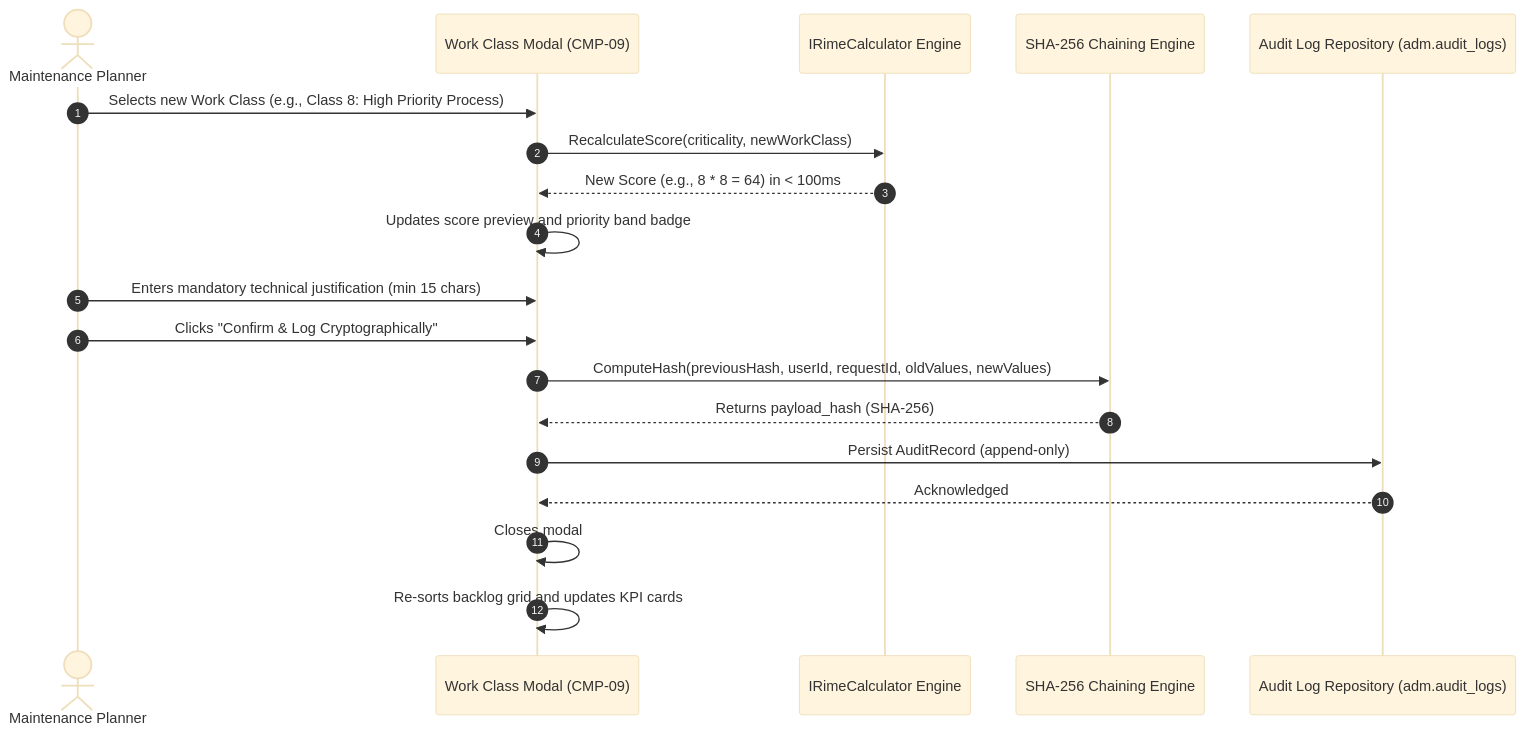
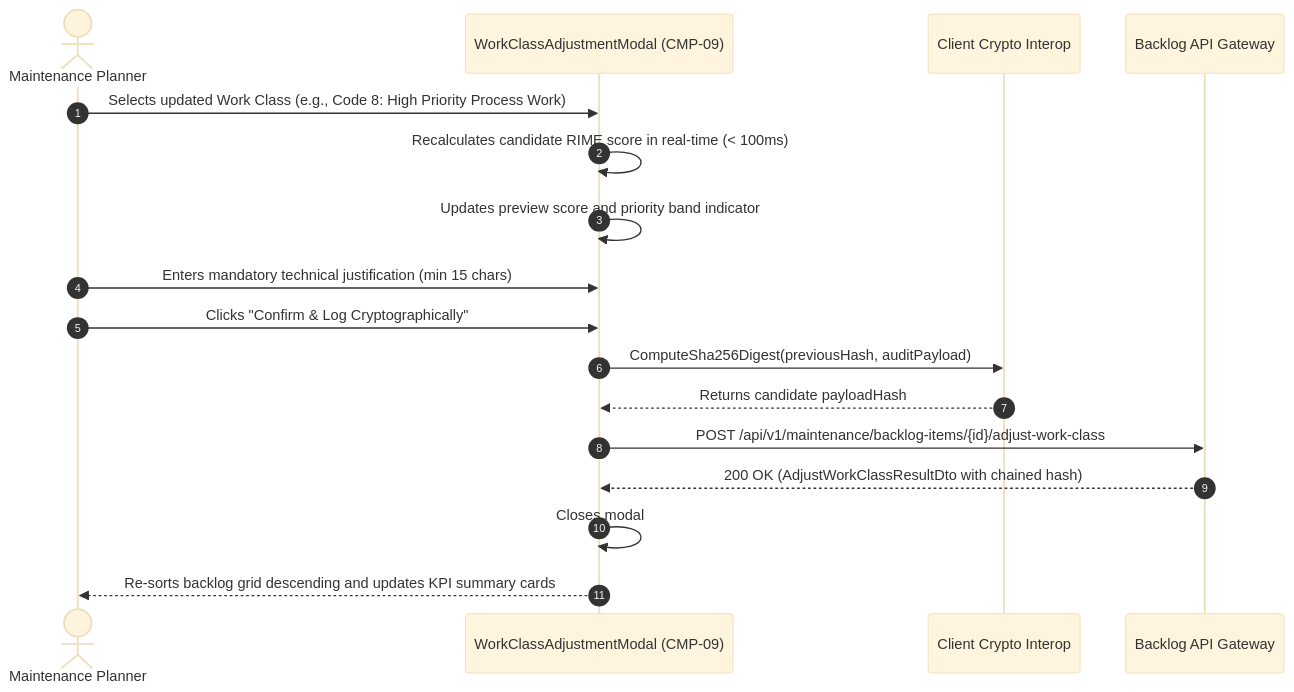
The second of 2 diagrams in ui-ux/screens/mtto/SCR-MTTO-026.md (Novav20/adso-dteam-docs), drawn with Mermaid (base theme) before and after one commit. The commit also changed other lines of this file, not shown here.

````diff
--- a/ui-ux/screens/mtto/SCR-MTTO-026.md
+++ b/ui-ux/screens/mtto/SCR-MTTO-026.md
@@ -147,22 +137,20 @@
 ```mermaid
 sequenceDiagram
     autonumber
     actor Planner as Maintenance Planner
-    participant Modal as Work Class Modal (CMP-09)
-    participant Calc as IRimeCalculator Engine
-    participant Hash as SHA-256 Chaining Engine
-    participant DB as Audit Log Repository (adm.audit_logs)
+    participant Modal as WorkClassAdjustmentModal (CMP-09)
+    participant Interop as Client Crypto Interop
+    participant API as Backlog API Gateway
 
-    Planner->>Modal: Selects new Work Class (e.g., Class 8: High Priority Process)
-    Modal->>Calc: RecalculateScore(criticality, newWorkClass)
-    Calc-->>Modal: New Score (e.g., 8 * 8 = 64) in < 100ms
-    Modal->>Modal: Updates score preview and priority band badge
+    Planner->>Modal: Selects updated Work Class (e.g., Code 8: High Priority Process Work)
+    Modal->>Modal: Recalculates candidate RIME score in real-time (< 100ms)
+    Modal->>Modal: Updates preview score and priority band indicator
     Planner->>Modal: Enters mandatory technical justification (min 15 chars)
     Planner->>Modal: Clicks "Confirm & Log Cryptographically"
-    Modal->>Hash: ComputeHash(previousHash, userId, requestId, oldValues, newValues)
-    Hash-->>Modal: Returns payload_hash (SHA-256)
-    Modal->>DB: Persist AuditRecord (append-only)
-    DB-->>Modal: Acknowledged
+    Modal->>Interop: ComputeSha256Digest(previousHash, auditPayload)
+    Interop-->>Modal: Returns candidate payloadHash
+    Modal->>API: POST /api/v1/maintenance/backlog-items/{id}/adjust-work-class
+    API-->>Modal: 200 OK (AdjustWorkClassResultDto with chained hash)
     Modal->>Modal: Closes modal
-    Modal->>Modal: Re-sorts backlog grid and updates KPI cards
+    Modal-->>Planner: Re-sorts backlog grid descending and updates KPI summary cards
 ```
````
